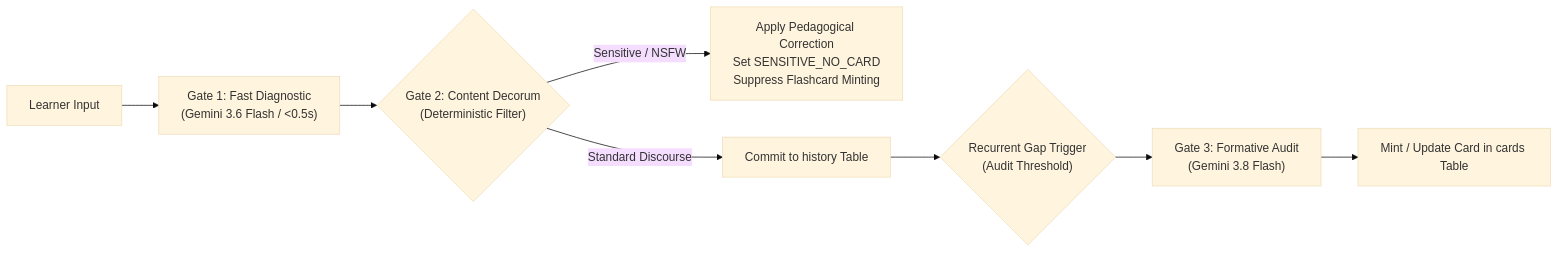
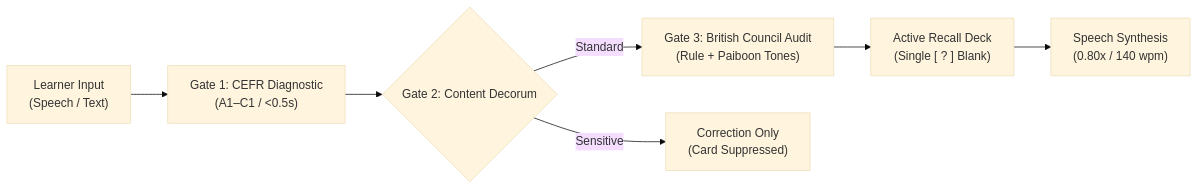
One commit to gptprojectmanager/linguo changed the diagram in README.md. Above: the diagram before and after it, drawn with Mermaid (base theme). The commit also changed other lines of this file, not shown here.

````diff
--- a/README.md
+++ b/README.md
@@ -95,10 +14,9 @@
 ```mermaid
 flowchart LR
-    Input["Learner Input"] --> Gate1["Gate 1: Fast Diagnostic<br/>(Gemini 3.6 Flash / <0.5s)"]
-    Gate1 --> Gate2{"Gate 2: Content Decorum<br/>(Deterministic Filter)"}
-    Gate2 -- "Sensitive / NSFW" --> FlagSensitive["Apply Pedagogical Correction<br/>Set SENSITIVE_NO_CARD<br/>Suppress Flashcard Minting"]
-    Gate2 -- "Standard Discourse" --> PersistRecord["Commit to history Table"]
-    PersistRecord --> ClusterTrigger{"Recurrent Gap Trigger<br/>(Audit Threshold)"}
-    ClusterTrigger --> Gate3["Gate 3: Formative Audit<br/>(Gemini 3.8 Flash)"]
-    Gate3 --> MintCard["Mint / Update Card in cards Table"]
+    Input["Learner Input<br/>(Speech / Text)"] --> Gate1["Gate 1: CEFR Diagnostic<br/>(A1–C1 / <0.5s)"]
+    Gate1 --> Gate2{"Gate 2: Content Decorum"}
+    Gate2 -- "Standard" --> Gate3["Gate 3: British Council Audit<br/>(Rule + Paiboon Tones)"]
+    Gate2 -- "Sensitive" --> CorrectionOnly["Correction Only<br/>(Card Suppressed)"]
+    Gate3 --> Deck["Active Recall Deck<br/>(Single [ ? ] Blank)"]
+    Deck --> TTS["Speech Synthesis<br/>(0.80x / 140 wpm)"]
 ```
````
